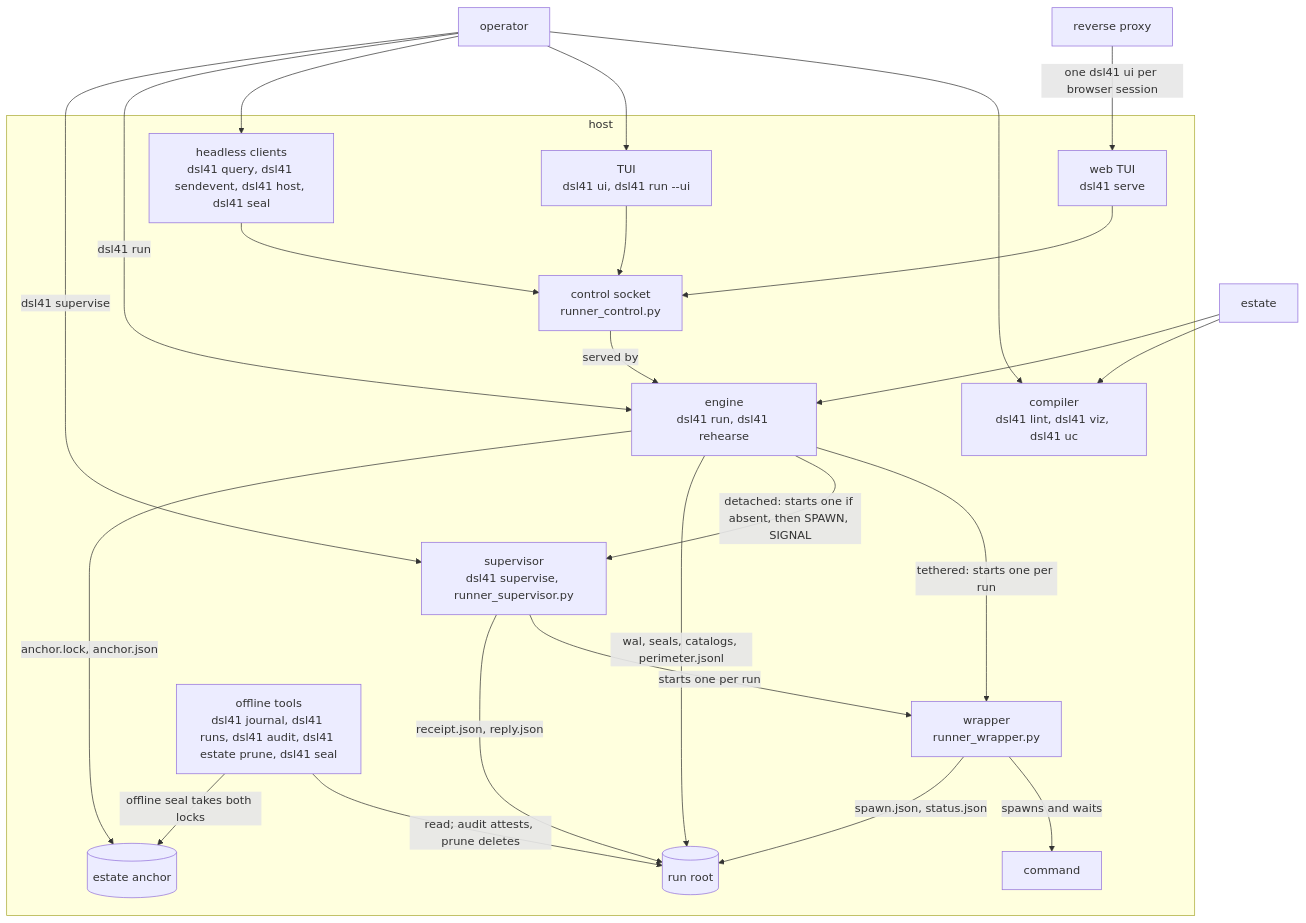
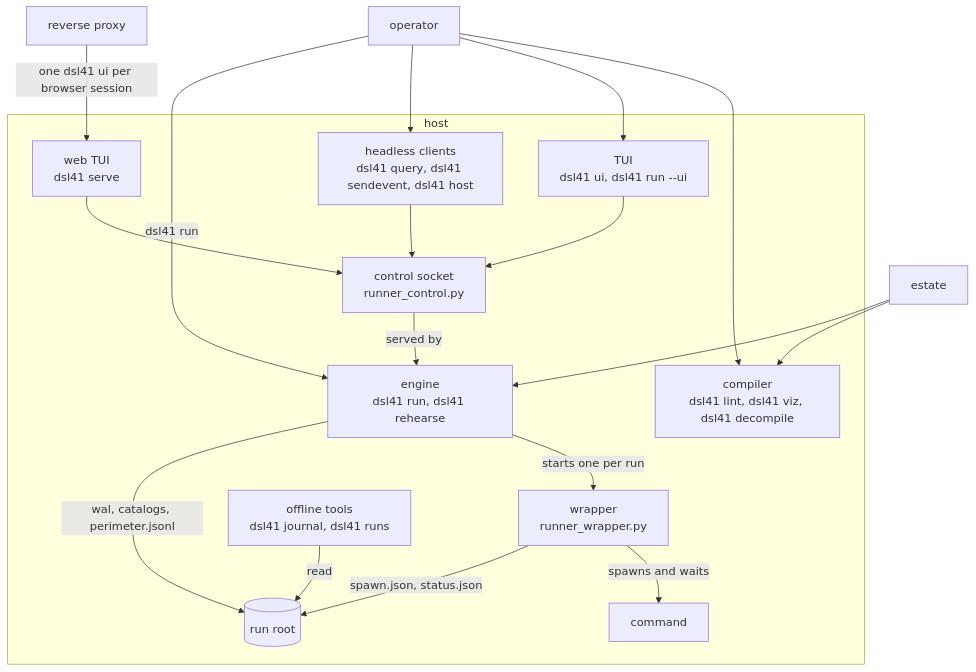
Before and after one commit to mrbald/dsl41: the second of 4 diagrams in docs/architecture.md, drawn with Mermaid. The commit also changed other lines of this file and 283 other files, not shown here.

````diff
--- a/docs/architecture.md
+++ b/docs/architecture.md
@@ -85,42 +76,34 @@
 ```mermaid
 flowchart TB
   op["operator"]
   px["reverse proxy"]
   est["estate"]
   subgraph box["host"]
-    comp["compiler<br/>dsl41 lint, dsl41 viz, dsl41 uc"]
+    comp["compiler<br/>dsl41 lint, dsl41 viz, dsl41 decompile"]
     eng["engine<br/>dsl41 run, dsl41 rehearse"]
     sock["control socket<br/>runner_control.py"]
-    sup["supervisor<br/>dsl41 supervise, runner_supervisor.py"]
     wr["wrapper<br/>runner_wrapper.py"]
     cmd["command"]
     tui["TUI<br/>dsl41 ui, dsl41 run --ui"]
     web["web TUI<br/>dsl41 serve"]
-    cli["headless clients<br/>dsl41 query, dsl41 sendevent, dsl41 host, dsl41 seal"]
-    off["offline tools<br/>dsl41 journal, dsl41 runs, dsl41 audit, dsl41 estate prune, dsl41 seal"]
+    cli["headless clients<br/>dsl41 query, dsl41 sendevent, dsl41 host"]
+    off["offline tools<br/>dsl41 journal, dsl41 runs"]
     rr[("run root")]
-    anc[("estate anchor")]
   end
   op --> comp
   op --> tui
   op --> cli
   op -->|"dsl41 run"| eng
-  op -->|"dsl41 supervise"| sup
   px -->|"one dsl41 ui per browser session"| web
   est --> comp
   est --> eng
   tui --> sock
   web --> sock
   cli --> sock
   sock -->|"served by"| eng
-  eng -->|"tethered: starts one per run"| wr
-  eng -->|"detached: starts one if absent, then SPAWN, SIGNAL"| sup
-  sup -->|"starts one per run"| wr
+  eng -->|"starts one per run"| wr
   wr -->|"spawns and waits"| cmd
-  eng -->|"wal, seals, catalogs, perimeter.jsonl"| rr
-  sup -->|"receipt.json, reply.json"| rr
+  eng -->|"wal, catalogs, perimeter.jsonl"| rr
   wr -->|"spawn.json, status.json"| rr
-  eng -->|"anchor.lock, anchor.json"| anc
-  off -->|"read; audit attests, prune deletes"| rr
-  off -->|"offline seal takes both locks"| anc
+  off -->|"read"| rr
 ```
````
